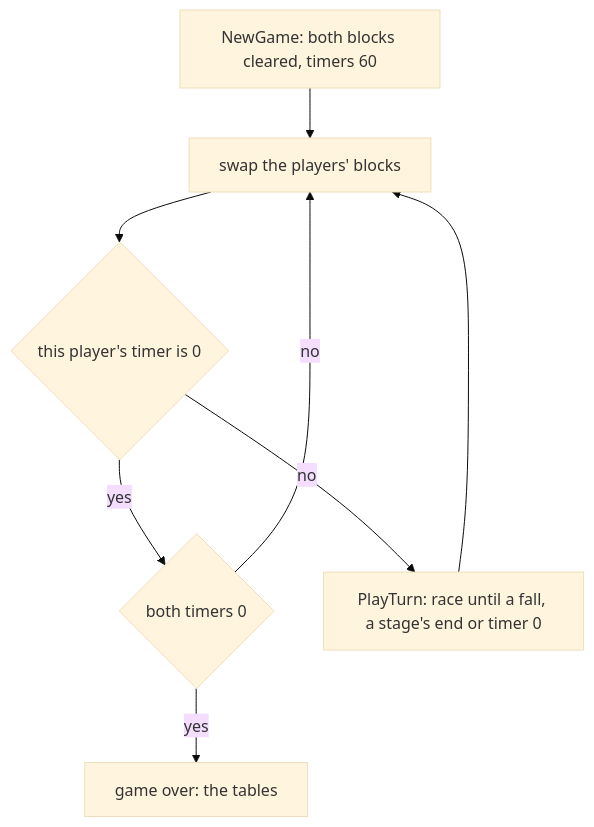
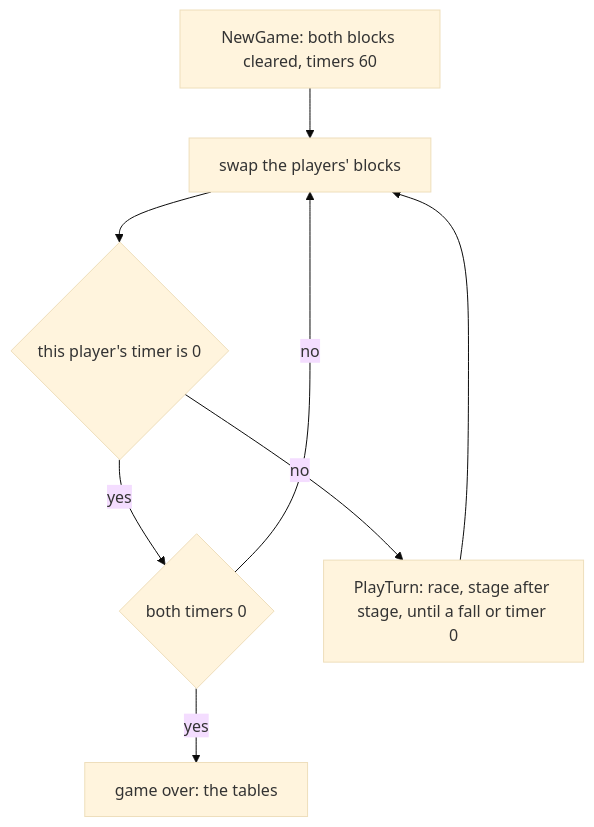
The seventh of 9 diagrams in games/enduro-racer/docs/01-game-design.md (alfishe/unrealng-reverse-cases), drawn with Mermaid (base theme) before and after one commit. The commit also changed other lines of this file and 29 other files, not shown here.

````diff
--- a/games/enduro-racer/docs/01-game-design.md
+++ b/games/enduro-racer/docs/01-game-design.md
@@ -453,10 +460,10 @@
 ```mermaid
 flowchart TD
     A["NewGame: both blocks cleared, timers 60"] --> B["swap the players' blocks"]
     B --> C{"this player's timer is 0"}
     C -->|yes| D{"both timers 0"}
     D -->|yes| E["game over: the tables"]
     D -->|no| B
-    C -->|no| F["PlayTurn: race until a fall, a stage's end or timer 0"]
+    C -->|no| F["PlayTurn: race, stage after stage, until a fall or timer 0"]
     F --> B
 ```
````
